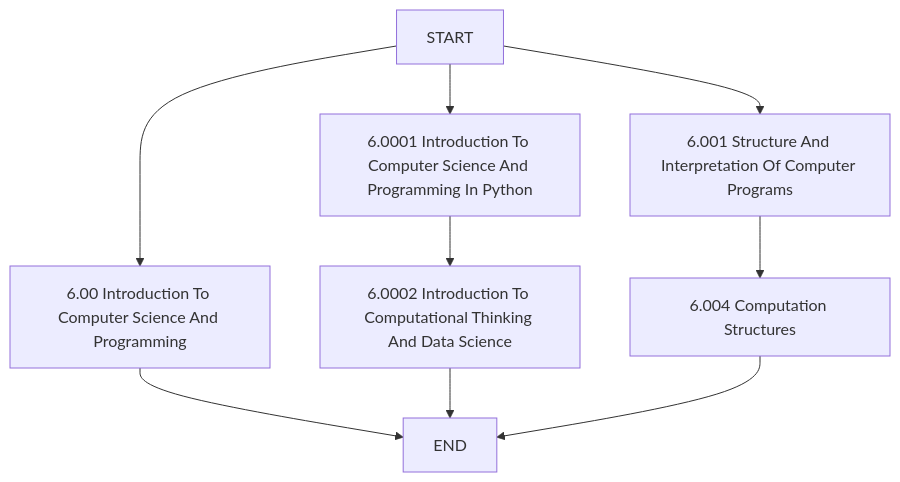
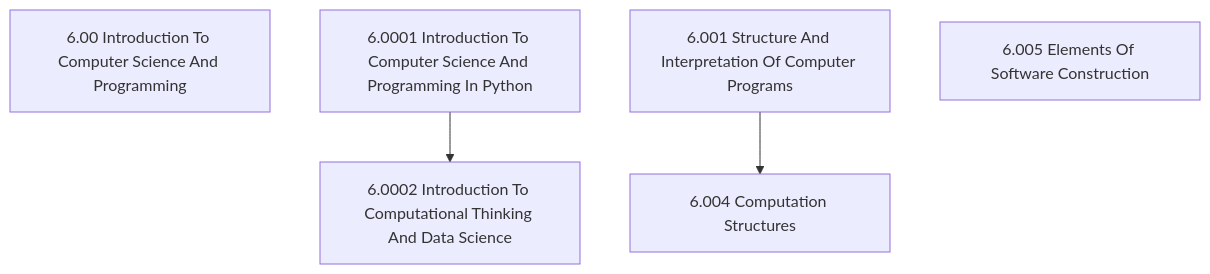
Before and after one commit to zaienaji/mit-ocw: the diagram in readme.md, drawn with Mermaid.

````diff
--- a/readme.md
+++ b/readme.md
@@ -3,11 +3,7 @@
 ```mermaid
   graph TD;
-    1[START] --> 2[6.00 Introduction To Computer Science And Programming]
-    1 --> 3[6.0001 Introduction To Computer Science And Programming In Python]
-    3 --> 4[6.0002 Introduction To Computational Thinking And Data Science]
-    1 --> 5[6.001 Structure And Interpretation Of Computer Programs]
-    5 --> 6[6.004 Computation Structures]
-    2 --> 999[END]
-    4 --> 999
-    6 --> 999
+    1[6.00 Introduction To Computer Science And Programming]
+    2[6.0001 Introduction To Computer Science And Programming In Python] --> 3[6.0002 Introduction To Computational Thinking And Data Science]
+    4[6.001 Structure And Interpretation Of Computer Programs]--> 5[6.004 Computation Structures]
+    6[6.005 Elements Of Software Construction]
 ```
````
